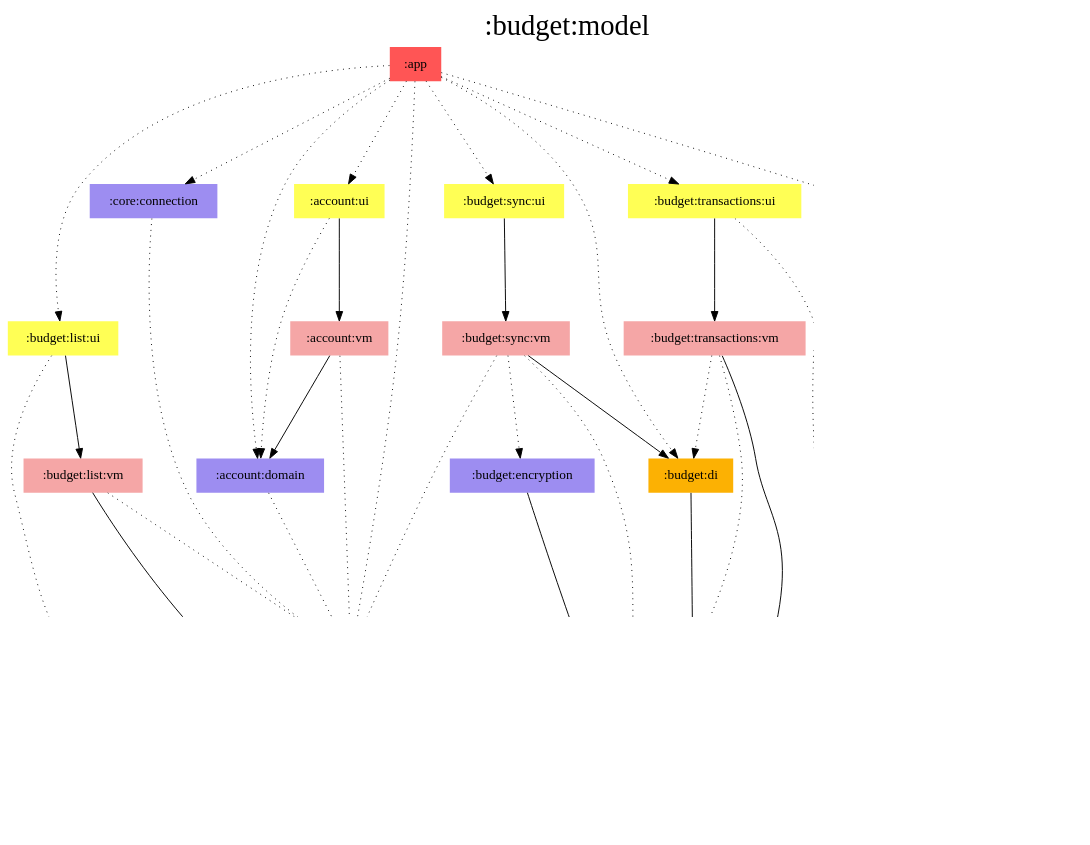
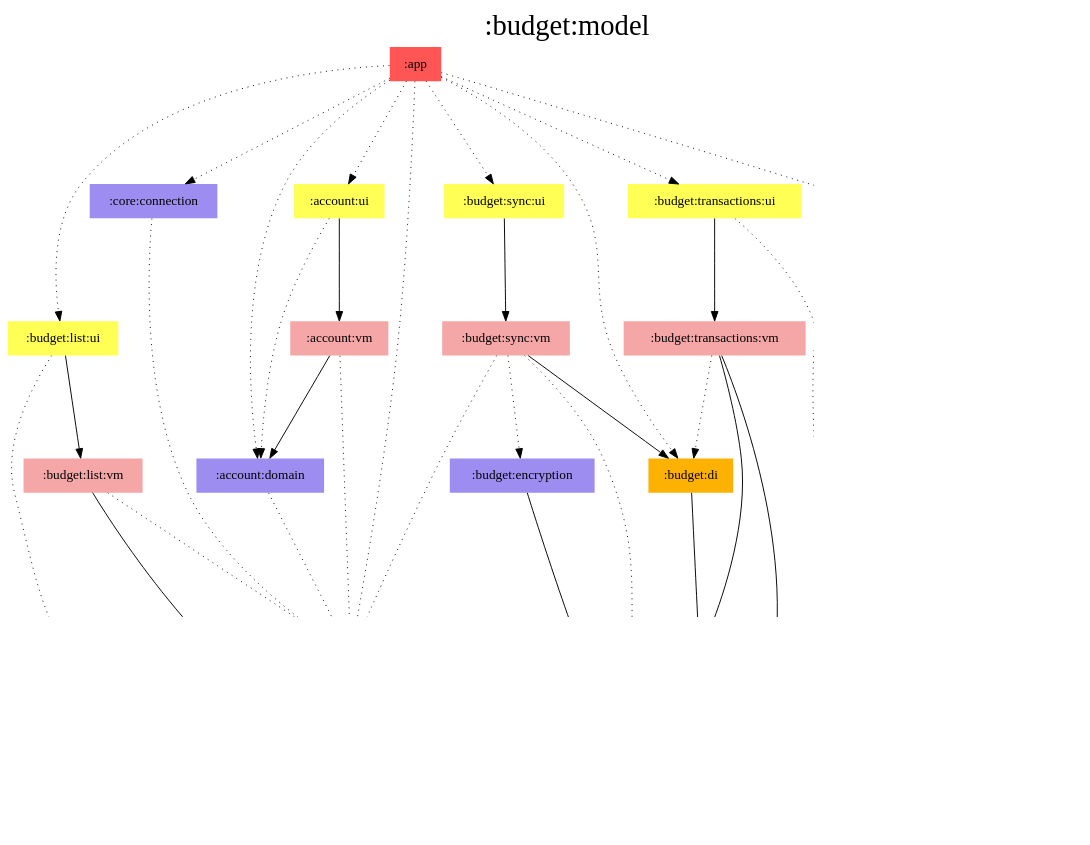
Before and after one commit to jonapoul/aktual: the diagram in modules/budget/model/modules.dot, drawn with Graphviz. The commit also changed 110 other files, not shown here.

```diff
--- a/modules/budget/model/modules.dot
+++ b/modules/budget/model/modules.dot
@@ -1,74 +1,74 @@
 digraph {
 edge ["dir"="forward"]
 graph ["dpi"="100","label"=":budget:model","labelloc"="t","fontsize"="30","ranksep"="1.5","rankdir"="TB"]
 node ["style"="filled"]
 ":account:domain" ["fillcolor"="#9D8DF1","shape"="none"]
 ":account:ui" ["fillcolor"="#FFFF55","shape"="none"]
 ":account:vm" ["fillcolor"="#F5A6A6","shape"="none"]
 ":api:actual" ["fillcolor"="#9D8DF1","shape"="none"]
 ":app" ["fillcolor"="#FF5555","shape"="none"]
-":budget:db" ["fillcolor"="#9D8DF1","shape"="none"]
+":budget:data" ["fillcolor"="#9D8DF1","shape"="none"]
 ":budget:di" ["fillcolor"="#FCB103","shape"="none"]
 ":budget:encryption" ["fillcolor"="#9D8DF1","shape"="none"]
 ":budget:list:ui" ["fillcolor"="#FFFF55","shape"="none"]
 ":budget:list:vm" ["fillcolor"="#F5A6A6","shape"="none"]
 ":budget:model" ["fillcolor"="#9D8DF1","color"="black","penwidth"="3","shape"="box"]
 ":budget:sync:ui" ["fillcolor"="#FFFF55","shape"="none"]
 ":budget:sync:vm" ["fillcolor"="#F5A6A6","shape"="none"]
 ":budget:transactions:ui" ["fillcolor"="#FFFF55","shape"="none"]
 ":budget:transactions:vm" ["fillcolor"="#F5A6A6","shape"="none"]
 ":core:connection" ["fillcolor"="#9D8DF1","shape"="none"]
 ":core:di" ["fillcolor"="#FCB103","shape"="none"]
 {
 edge ["dir"="none"]
 graph ["rank"="same"]
 ":budget:model"
 }
 ":account:domain" -> ":api:actual" ["style"="dotted"]
 ":account:ui" -> ":account:domain" ["style"="dotted"]
 ":account:ui" -> ":account:vm"
 ":account:vm" -> ":account:domain"
 ":account:vm" -> ":api:actual" ["style"="dotted"]
 ":api:actual" -> ":budget:model"
 ":app" -> ":account:domain" ["style"="dotted"]
 ":app" -> ":account:ui" ["style"="dotted"]
 ":app" -> ":api:actual" ["style"="dotted"]
 ":app" -> ":budget:di" ["style"="dotted"]
 ":app" -> ":budget:list:ui" ["style"="dotted"]
 ":app" -> ":budget:sync:ui" ["style"="dotted"]
 ":app" -> ":budget:transactions:ui" ["style"="dotted"]
 ":app" -> ":core:connection" ["style"="dotted"]
 ":app" -> ":core:di" ["style"="dotted"]
-":budget:db" -> ":budget:model"
-":budget:di" -> ":budget:db"
+":budget:data" -> ":budget:model"
+":budget:di" -> ":budget:data"
 ":budget:encryption" -> ":budget:model"
 ":budget:list:ui" -> ":budget:list:vm"
 ":budget:list:ui" -> ":budget:model" ["style"="dotted"]
 ":budget:list:vm" -> ":api:actual" ["style"="dotted"]
 ":budget:list:vm" -> ":budget:model"
 ":budget:sync:ui" -> ":budget:sync:vm"
 ":budget:sync:vm" -> ":api:actual" ["style"="dotted"]
 ":budget:sync:vm" -> ":budget:di"
 ":budget:sync:vm" -> ":budget:encryption" ["style"="dotted"]
 ":budget:sync:vm" -> ":budget:model" ["style"="dotted"]
 ":budget:transactions:ui" -> ":budget:model" ["style"="dotted"]
 ":budget:transactions:ui" -> ":budget:transactions:vm"
-":budget:transactions:vm" -> ":budget:db" ["style"="dotted"]
+":budget:transactions:vm" -> ":budget:data"
 ":budget:transactions:vm" -> ":budget:di" ["style"="dotted"]
 ":budget:transactions:vm" -> ":budget:model"
 ":core:connection" -> ":api:actual" ["style"="dotted"]
 ":core:di" -> ":budget:model"
 subgraph "cluster_legend" {
 edge ["dir"="none"]
 graph ["label"="Legend","fontsize"="20"]
 "Legend" ["style"="filled","fillcolor"="#FFFFFF","shape"="none","margin"="0","fontsize"="15","label"=<
 <TABLE BORDER="0" CELLBORDER="0" CELLSPACING="0" CELLPADDING="4">
 <TR><TD>App</TD><TD BGCOLOR="#FF5555">module-name</TD></TR>
 <TR><TD>ViewModel</TD><TD BGCOLOR="#F5A6A6">module-name</TD></TR>
 <TR><TD>Hilt</TD><TD BGCOLOR="#FCB103">module-name</TD></TR>
 <TR><TD>Compose</TD><TD BGCOLOR="#FFFF55">module-name</TD></TR>
 <TR><TD>Multiplatform</TD><TD BGCOLOR="#9D8DF1">module-name</TD></TR>
 </TABLE>
 >]
 } -> ":budget:model" ["style"="invis"]
 }
```
